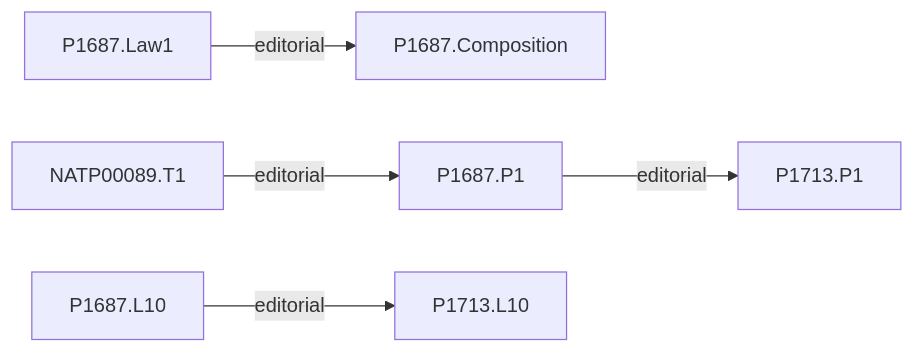
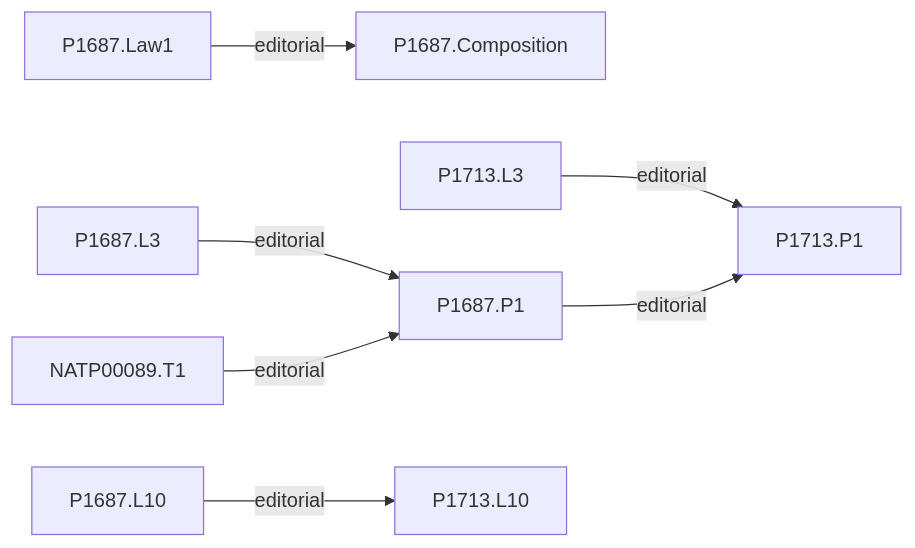
One commit to arivero/newtonlean changed the fifth of 7 diagrams in research/figures.md. Above: the diagram before and after it, drawn with Mermaid. The commit also changed other lines of this file and 4 other files, not shown here.

````diff
--- a/research/figures.md
+++ b/research/figures.md
@@ -150,7 +150,9 @@
 ```mermaid
 flowchart LR
   P1687_Law1["P1687.Law1"] -->|editorial| P1687_Composition["P1687.Composition"]
+  P1687_L3["P1687.L3"] -->|editorial| P1687_P1["P1687.P1"]
   NATP00089_T1["NATP00089.T1"] -->|editorial| P1687_P1["P1687.P1"]
+  P1713_L3["P1713.L3"] -->|editorial| P1713_P1["P1713.P1"]
   P1687_P1["P1687.P1"] -->|editorial| P1713_P1["P1713.P1"]
   P1687_L10["P1687.L10"] -->|editorial| P1713_L10["P1713.L10"]
 ```
````
